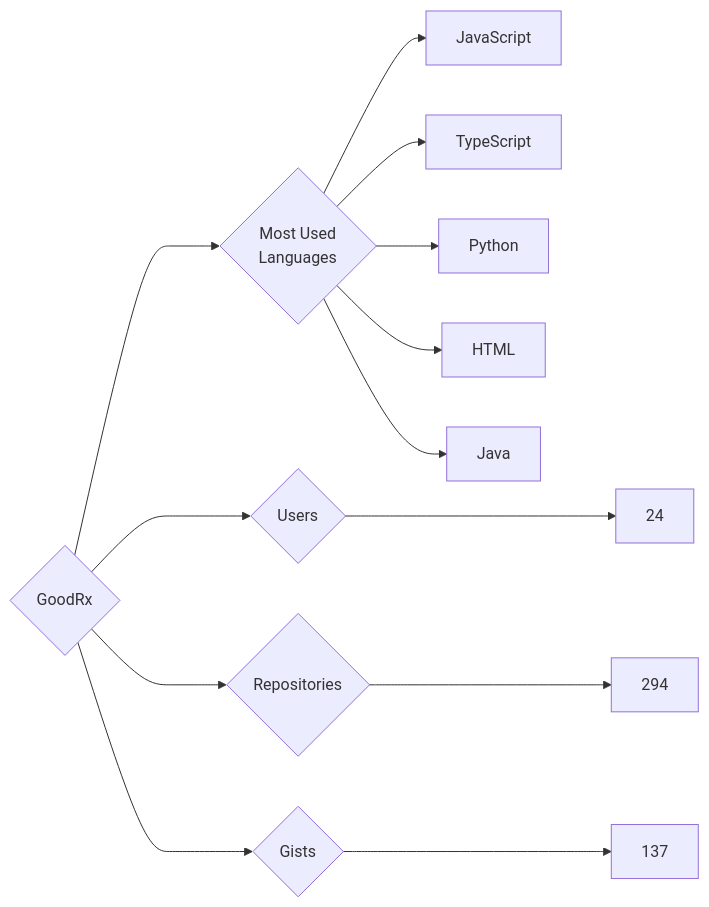
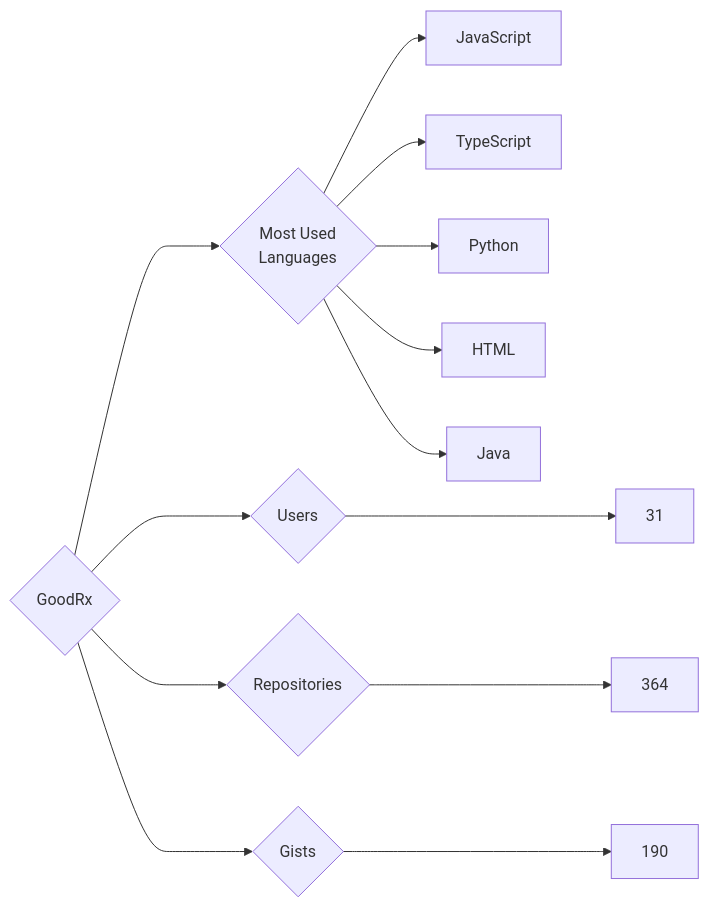
The diagram in targets/GoodRx/README.md (trickest/insiders), drawn with Mermaid before and after one commit. The commit also changed 718 other files, not shown here.

````diff
--- a/targets/GoodRx/README.md
+++ b/targets/GoodRx/README.md
@@ -3,13 +3,13 @@
 ```mermaid
 graph LR
 COMPANY_NAME{GoodRx}
-COMPANY_NAME ---> U{Users} ---> UN[24]
-COMPANY_NAME ---> R{Repositories} ---> RN[294]
-COMPANY_NAME ---> G{Gists} ---> GN[137]
+COMPANY_NAME ---> U{Users} ---> UN[31]
+COMPANY_NAME ---> R{Repositories} ---> RN[364]
+COMPANY_NAME ---> G{Gists} ---> GN[190]
 COMPANY_NAME ---> ML{Most Used<br>Languages}
 ML --> JavaScript[JavaScript]
 ML --> TypeScript[TypeScript]
 ML --> Python[Python]
 ML --> HTML[HTML]
 ML --> Java[Java]
 ```
````
